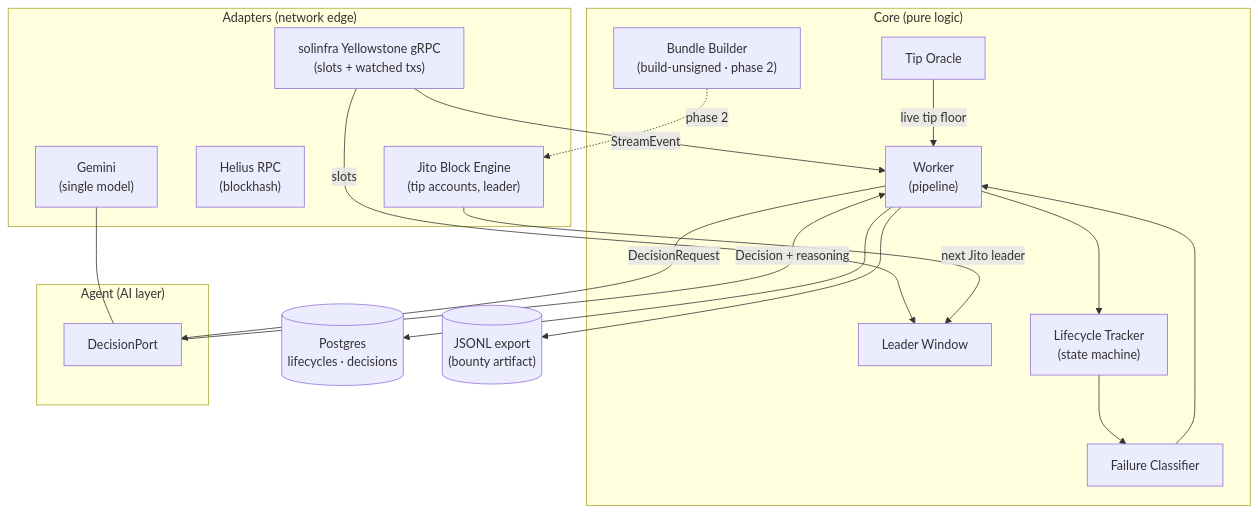
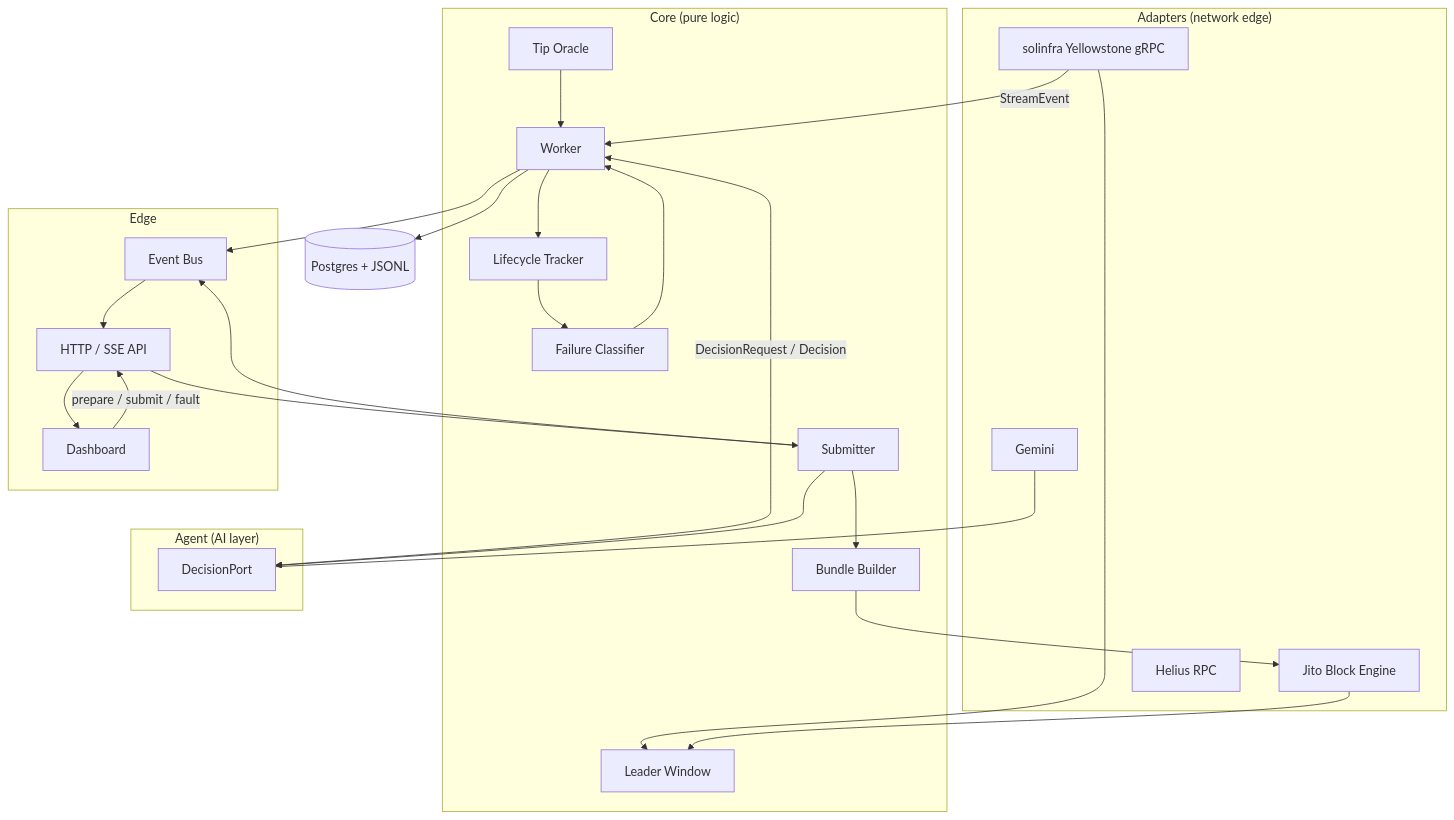
One commit to sadiqsaidu/photon changed the first of 3 diagrams in ARCHITECTURE.md. Above: the diagram before and after it, drawn with Mermaid. The commit also changed other lines of this file and 1 other file, not shown here.

First line of the commit message:
Docs: full install guide and architecture reflecting the built stack

````diff
--- a/ARCHITECTURE.md
+++ b/ARCHITECTURE.md
@@ -36,35 +37,45 @@
 ```mermaid
 flowchart TB
   subgraph ADAPTERS["Adapters (network edge)"]
-    YS["solinfra Yellowstone gRPC\n(slots + watched txs)"]
-    JITO["Jito Block Engine\n(tip accounts, leader)"]
-    RPC["Helius RPC\n(blockhash)"]
-    GEM["Gemini\n(single model)"]
+    YS["solinfra Yellowstone gRPC"]
+    JITO["Jito Block Engine"]
+    RPC["Helius RPC"]
+    GEM["Gemini"]
   end
 
   subgraph CORE["Core (pure logic)"]
     LEADER["Leader Window"]
     TIPS["Tip Oracle"]
-    LIFE["Lifecycle Tracker\n(state machine)"]
+    LIFE["Lifecycle Tracker"]
     CLASS["Failure Classifier"]
-    WORK["Worker\n(pipeline)"]
-    BUILD["Bundle Builder\n(build-unsigned · phase 2)"]
+    WORK["Worker"]
+    BUILD["Bundle Builder"]
+    SUB["Submitter"]
   end
 
   subgraph AGENT["Agent (AI layer)"]
     PORT["DecisionPort"]
   end
 
+  subgraph EDGE["Edge"]
+    BUS["Event Bus"]
+    API["HTTP / SSE API"]
+    UI["Dashboard"]
+  end
+
   YS -->|StreamEvent| WORK
   WORK --> LIFE
-  YS -->|slots| LEADER
-  JITO -->|next Jito leader| LEADER
-  TIPS -->|live tip floor| WORK
-  WORK -->|DecisionRequest| PORT
-  PORT -->|Decision + reasoning| WORK
+  YS --> LEADER
+  JITO --> LEADER
+  TIPS --> WORK
+  WORK <-->|DecisionRequest / Decision| PORT
   GEM --- PORT
   LIFE --> CLASS --> WORK
-  WORK --> STORE[("Postgres\nlifecycles · decisions")]
-  WORK --> JSONL[("JSONL export\n(bounty artifact)")]
-  BUILD -. phase 2 .-> JITO
+  SUB --> BUILD --> JITO
+  SUB --> PORT
+  WORK --> STORE[("Postgres + JSONL")]
+  WORK --> BUS
+  SUB --> BUS
+  BUS --> API --> UI
+  UI -->|prepare / submit / fault| API --> SUB
 ```
````
